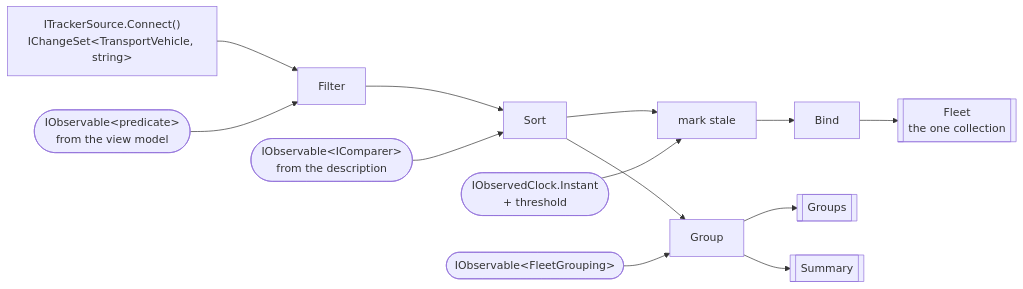
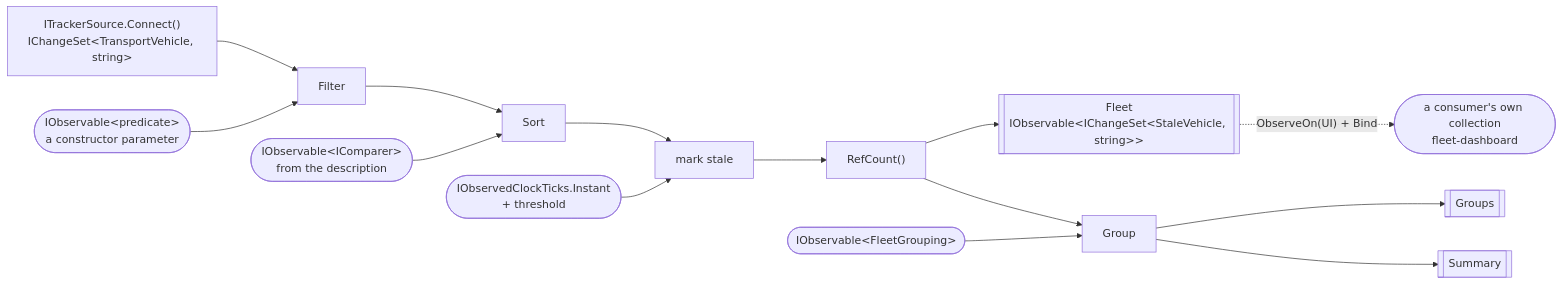
Before and after one commit to RLittlesII/Transporter: the first of 2 diagrams in features/fleet-pipeline/.spec/README.md, drawn with Mermaid. The commit also changed other lines of this file and 3 other files, not shown here.

````diff
--- a/features/fleet-pipeline/.spec/README.md
+++ b/features/fleet-pipeline/.spec/README.md
@@ -220,15 +256,16 @@
 ```mermaid
 flowchart LR
     src["ITrackerSource.Connect()<br/>IChangeSet&lt;TransportVehicle, string&gt;"] --> filter
-    predicate(["IObservable&lt;predicate&gt;<br/>from the view model"]) --> filter
+    predicate(["IObservable&lt;predicate&gt;<br/>a constructor parameter"]) --> filter
     filter["Filter"] --> sort
     comparer(["IObservable&lt;IComparer&gt;<br/>from the description"]) --> sort
     sort["Sort"] --> stale
-    clock(["IObservedClock.Instant<br/>+ threshold"]) --> stale
-    stale["mark stale"] --> bind
-    bind["Bind"] --> fleet[["Fleet<br/>the one collection"]]
-    sort --> group["Group"]
+    clock(["IObservedClockTicks.Instant<br/>+ threshold"]) --> stale
+    stale["mark stale"] --> share["RefCount()"]
+    share --> fleet[["Fleet<br/>IObservable&lt;IChangeSet&lt;StaleVehicle, string&gt;&gt;"]]
+    share --> group["Group"]
     grouping(["IObservable&lt;FleetGrouping&gt;"]) --> group
     group --> groups[["Groups"]]
     group --> summary[["Summary"]]
+    fleet -.->|"ObserveOn(UI) + Bind"| vm(["a consumer's own collection<br/>fleet-dashboard"])
 ```
````
